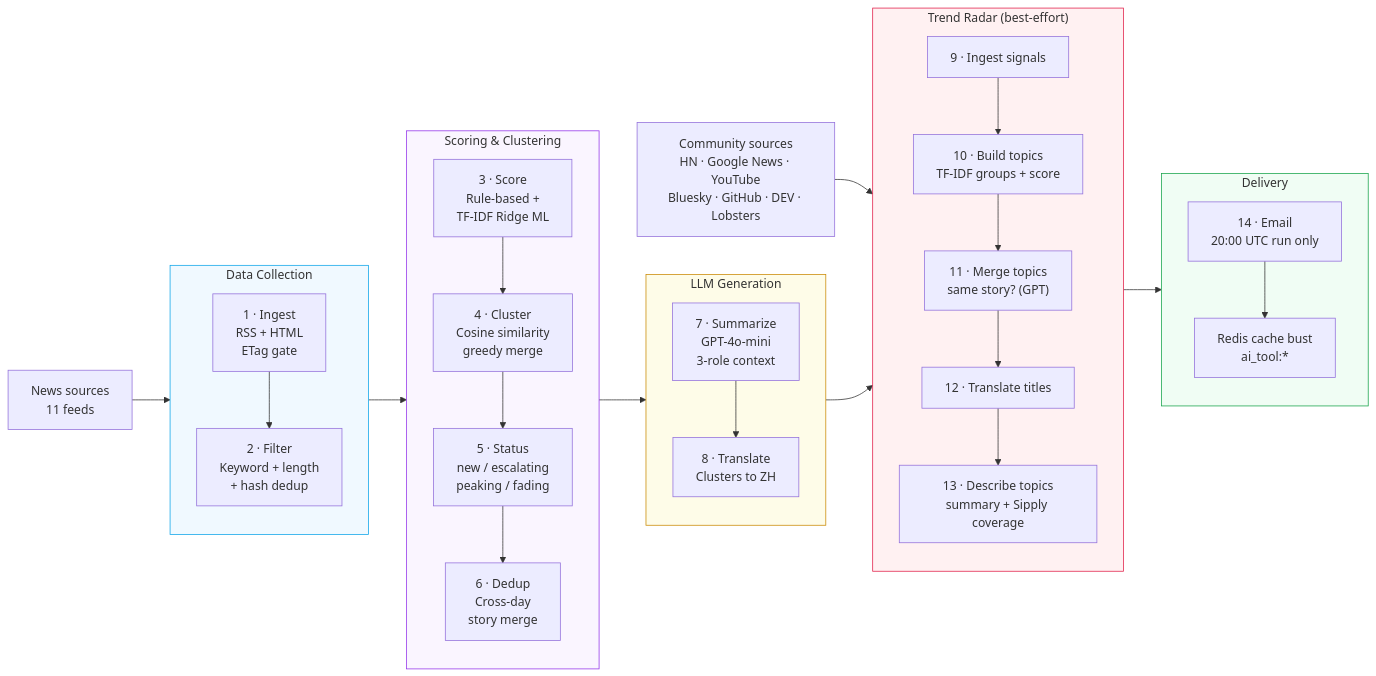
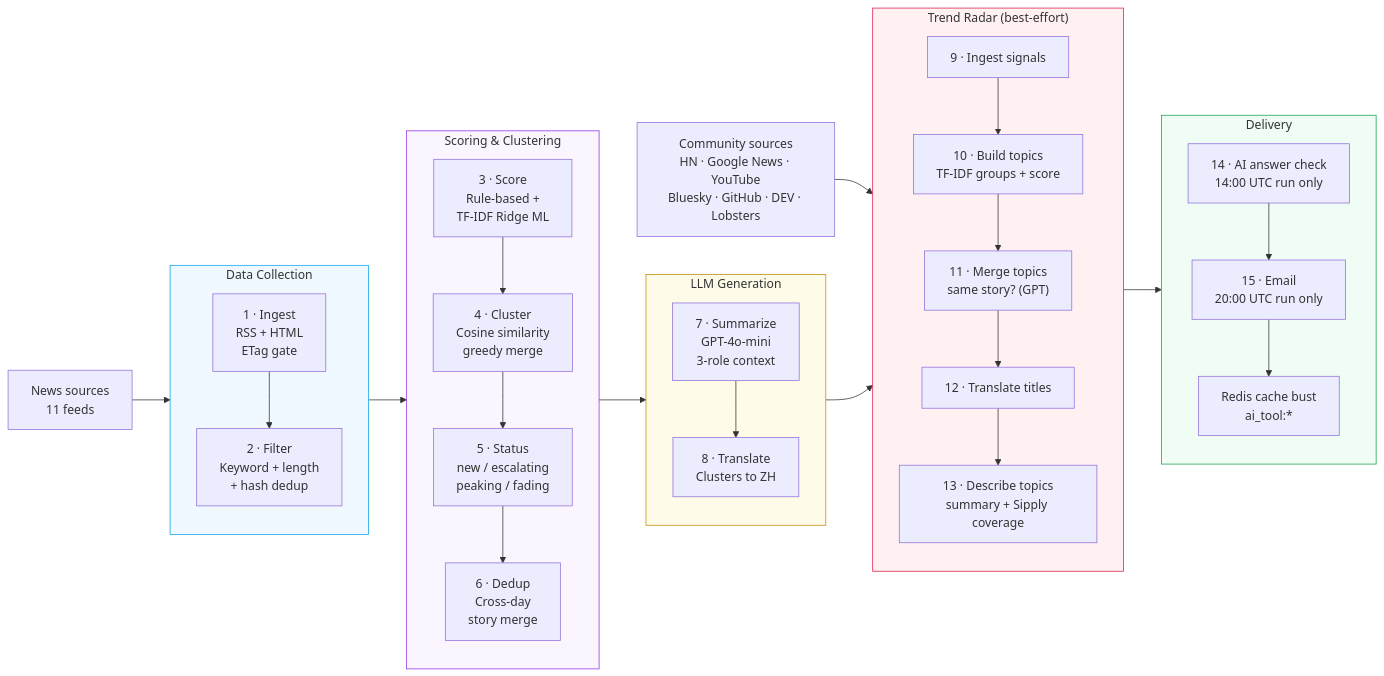
Before and after one commit to fanyang-888/Sipply-Artificial-Intelligence-news-aggregator: the diagram in README.md, drawn with Mermaid. The commit also changed other lines of this file and 27 other files, not shown here.

````diff
--- a/README.md
+++ b/README.md
@@ -64,54 +64,55 @@
 ```mermaid
 flowchart LR
     SRC["News sources\n11 feeds"]
     SIG["Community sources\nHN · Google News · YouTube\nBluesky · GitHub · DEV · Lobsters"]
 
     subgraph COLLECT["Data Collection"]
         direction TB
         S1["1 · Ingest\nRSS + HTML\nETag gate"]
         S2["2 · Filter\nKeyword + length\n+ hash dedup"]
         S1 --> S2
     end
 
     subgraph SCORE["Scoring & Clustering"]
         direction TB
         S3["3 · Score\nRule-based +\nTF-IDF Ridge ML"]
         S4["4 · Cluster\nCosine similarity\ngreedy merge"]
         S5["5 · Status\nnew / escalating\npeaking / fading"]
         S6["6 · Dedup\nCross-day\nstory merge"]
         S3 --> S4 --> S5 --> S6
     end
 
     subgraph GENERATE["LLM Generation"]
         direction TB
         S7["7 · Summarize\nGPT-4o-mini\n3-role context"]
         S8["8 · Translate\nClusters to ZH"]
         S7 --> S8
     end
 
     subgraph RADAR["Trend Radar (best-effort)"]
         direction TB
         R1["9 · Ingest signals"]
         R2["10 · Build topics\nTF-IDF groups + score"]
         R3["11 · Merge topics\nsame story? (GPT)"]
         R4["12 · Translate titles"]
         R5["13 · Describe topics\nsummary + Sipply coverage"]
         R1 --> R2 --> R3 --> R4 --> R5
     end
 
     subgraph DELIVER["Delivery"]
         direction TB
-        S9["14 · Email\n20:00 UTC run only"]
+        S10["14 · AI answer check\n14:00 UTC run only"]
+        S9["15 · Email\n20:00 UTC run only"]
         CACHE["Redis cache bust\nai_tool:*"]
-        S9 --> CACHE
+        S10 --> S9 --> CACHE
     end
 
     SRC --> COLLECT --> SCORE --> GENERATE --> RADAR --> DELIVER
     SIG --> R1
 
     style COLLECT  fill:#f0f9ff,stroke:#0ea5e9
     style SCORE    fill:#faf5ff,stroke:#9333ea
     style GENERATE fill:#fefce8,stroke:#ca8a04
     style RADAR    fill:#fff1f2,stroke:#e11d48
     style DELIVER  fill:#f0fdf4,stroke:#16a34a
 ```
````
